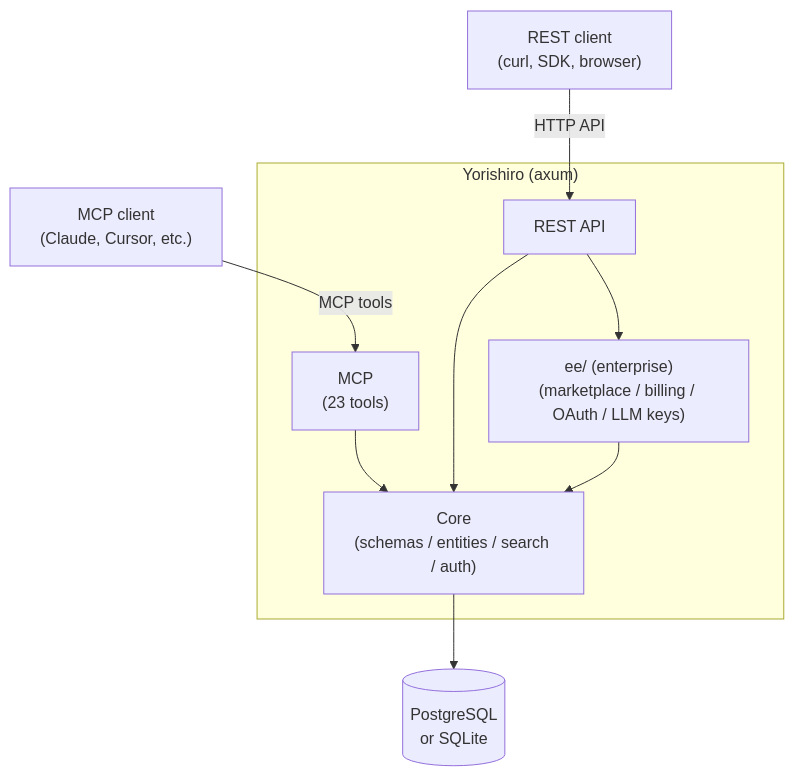
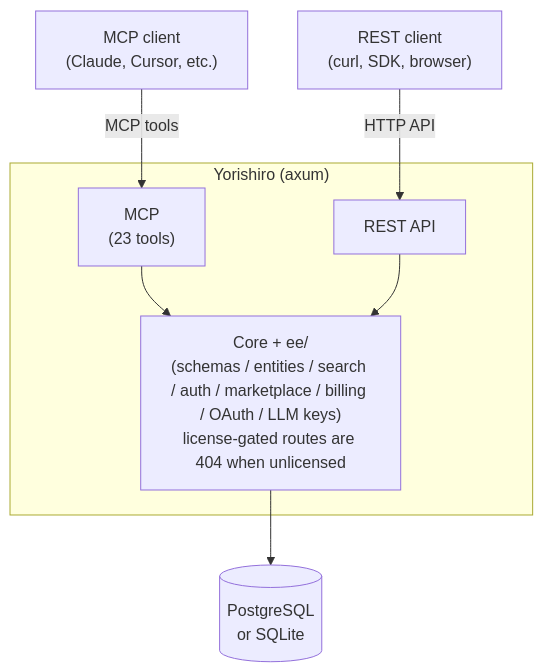
One commit to yorishiro-ai/yorishiro changed the diagram in README.md. Above: the diagram before and after it, drawn with Mermaid. The commit also changed 2 other files, not shown here.

Commit message:
fix: unify Core and ee/ as single node in architecture diagram

````diff
--- a/README.md
+++ b/README.md
@@ -26,22 +26,19 @@
 ```mermaid
 flowchart TD
     MCPClient["MCP client<br/>(Claude, Cursor, etc.)"]
     RESTClient["REST client<br/>(curl, SDK, browser)"]
 
     subgraph Server["Yorishiro (axum)"]
         MCP["MCP<br/>(23 tools)"]
         REST["REST API"]
-        Core["Core<br/>(schemas / entities / search / auth)"]
-        Enterprise["ee/ (enterprise)<br/>(marketplace / billing / OAuth / LLM keys)"]
+        Core["Core + ee/<br/>(schemas / entities / search / auth / marketplace / billing / OAuth / LLM keys)<br/>license-gated routes are 404 when unlicensed"]
     end
 
     DB[("PostgreSQL<br/>or SQLite")]
 
     MCPClient -->|"MCP tools"| MCP
     RESTClient -->|"HTTP API"| REST
     MCP --> Core
     REST --> Core
-    REST --> Enterprise
-    Enterprise --> Core
     Core --> DB
 ```
````
